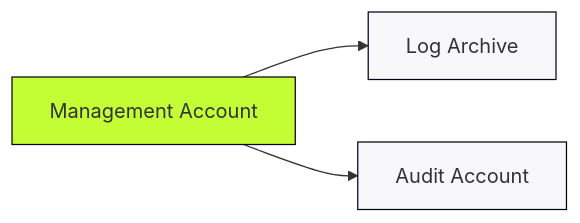
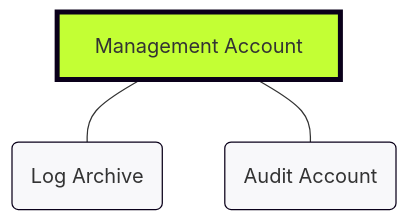
The diagram in slides/01-aft-overview.md (ken-createfuture-demo/aft-demo-presentation), drawn with Mermaid before and after one commit. The commit also changed other lines of this file and 1 other file, not shown here.

````diff
--- a/slides/01-aft-overview.md
+++ b/slides/01-aft-overview.md
@@ -30,10 +30,11 @@
 ```mermaid
-graph LR
-    A[Management Account] --> B[Log Archive]
-    A --> C[Audit Account]
+graph TD
+    MA[Management Account] 
+    MA --- LA(Log Archive)
+    MA --- AA(Audit Account)
     
-    style A fill:#C3FF34,stroke:#0A001A
-    style B fill:#F8F8FA,stroke:#0A001A
-    style C fill:#F8F8FA,stroke:#0A001A
+    style MA fill:#C3FF34,stroke:#0A001A,stroke-width:4px
+    style LA fill:#F8F8FA,stroke:#0A001A
+    style AA fill:#F8F8FA,stroke:#0A001A
 
 ```
````
